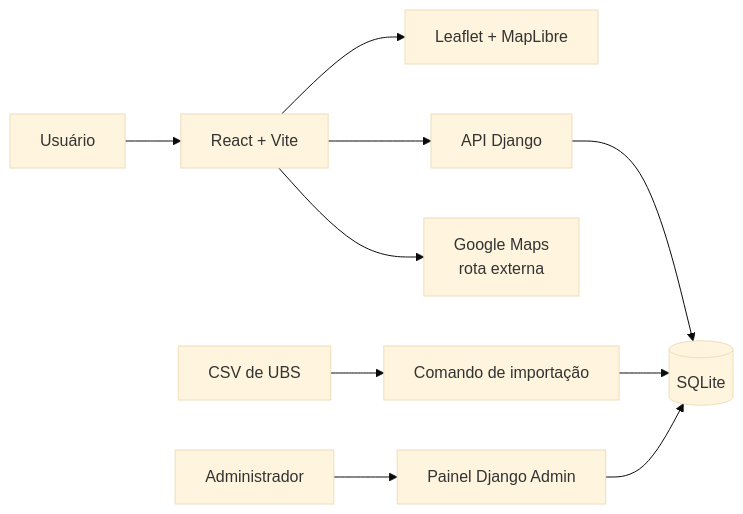
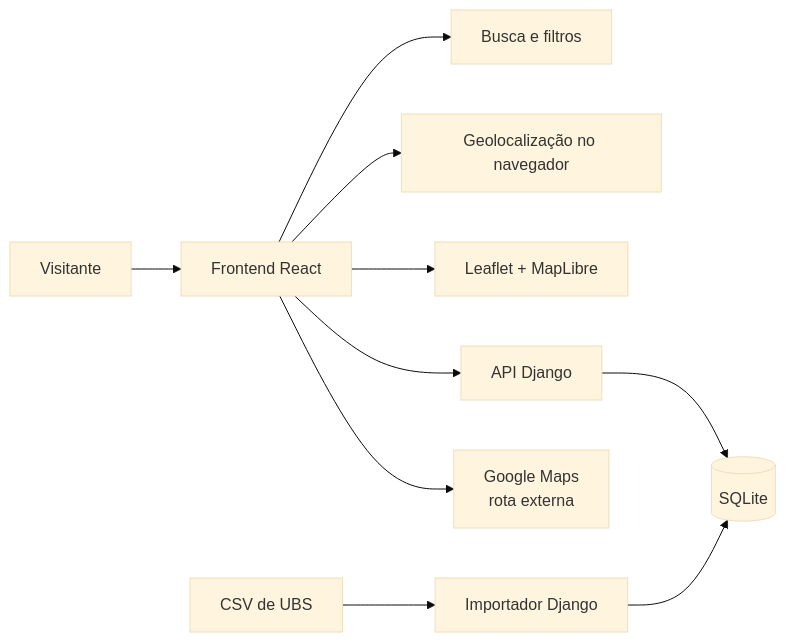
The diagram in README.md (MateusLima04/Ubs-Digital), drawn with Mermaid (base theme) before and after one commit. The commit also changed other lines of this file, not shown here.

````diff
--- a/README.md
+++ b/README.md
@@ -22,12 +62,12 @@
 ```mermaid
 flowchart LR
-    U[Usuário] --> R[React + Vite]
-    R --> M[Leaflet + MapLibre]
-    R --> A[API Django]
+    V[Visitante] --> F[Frontend React]
+    F --> B[Busca e filtros]
+    F --> L[Geolocalização no navegador]
+    F --> M[Leaflet + MapLibre]
+    F --> A[API Django]
     A --> D[(SQLite)]
-    C[CSV de UBS] --> I[Comando de importação]
+    C[CSV de UBS] --> I[Importador Django]
     I --> D
-    ADM[Administrador] --> P[Painel Django Admin]
-    P --> D
-    R --> G[Google Maps<br/>rota externa]
+    F --> G[Google Maps<br/>rota externa]
 ```
````
